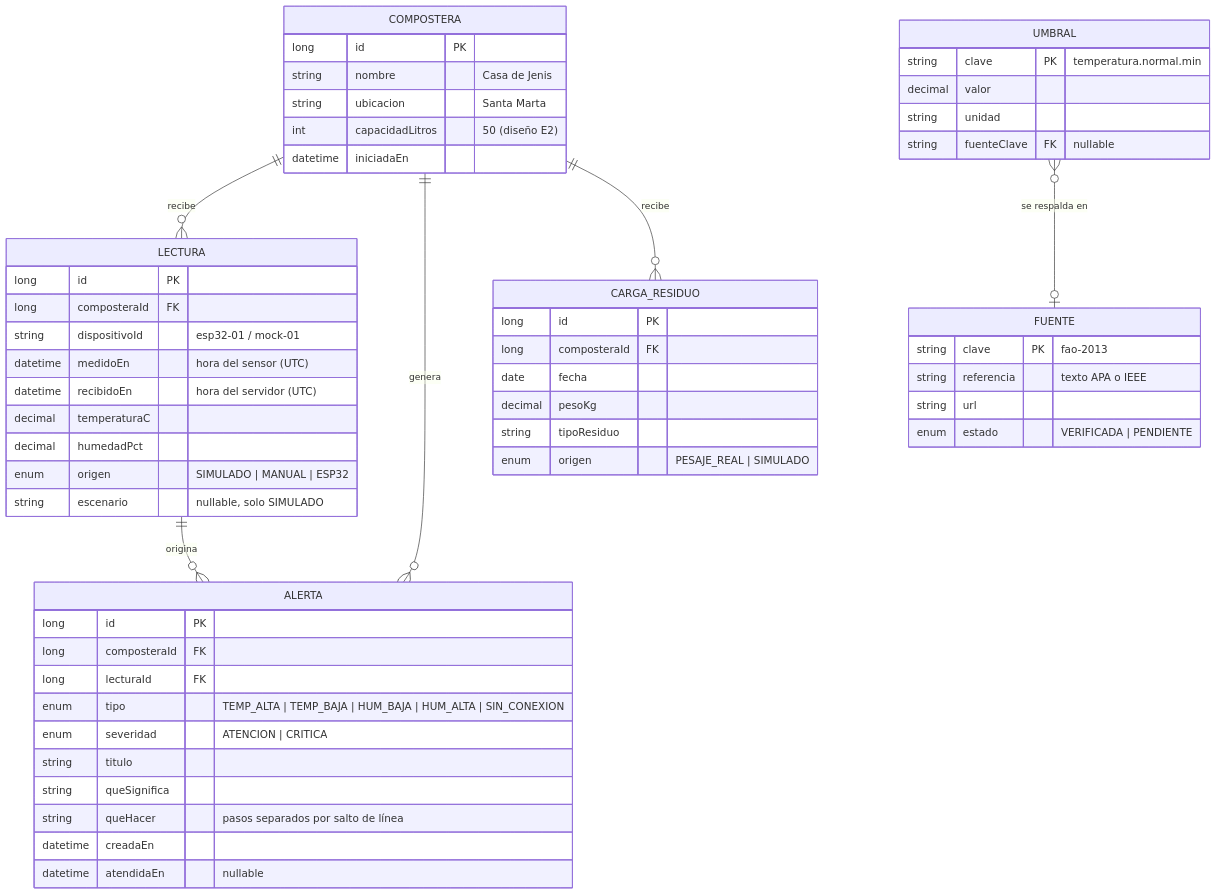
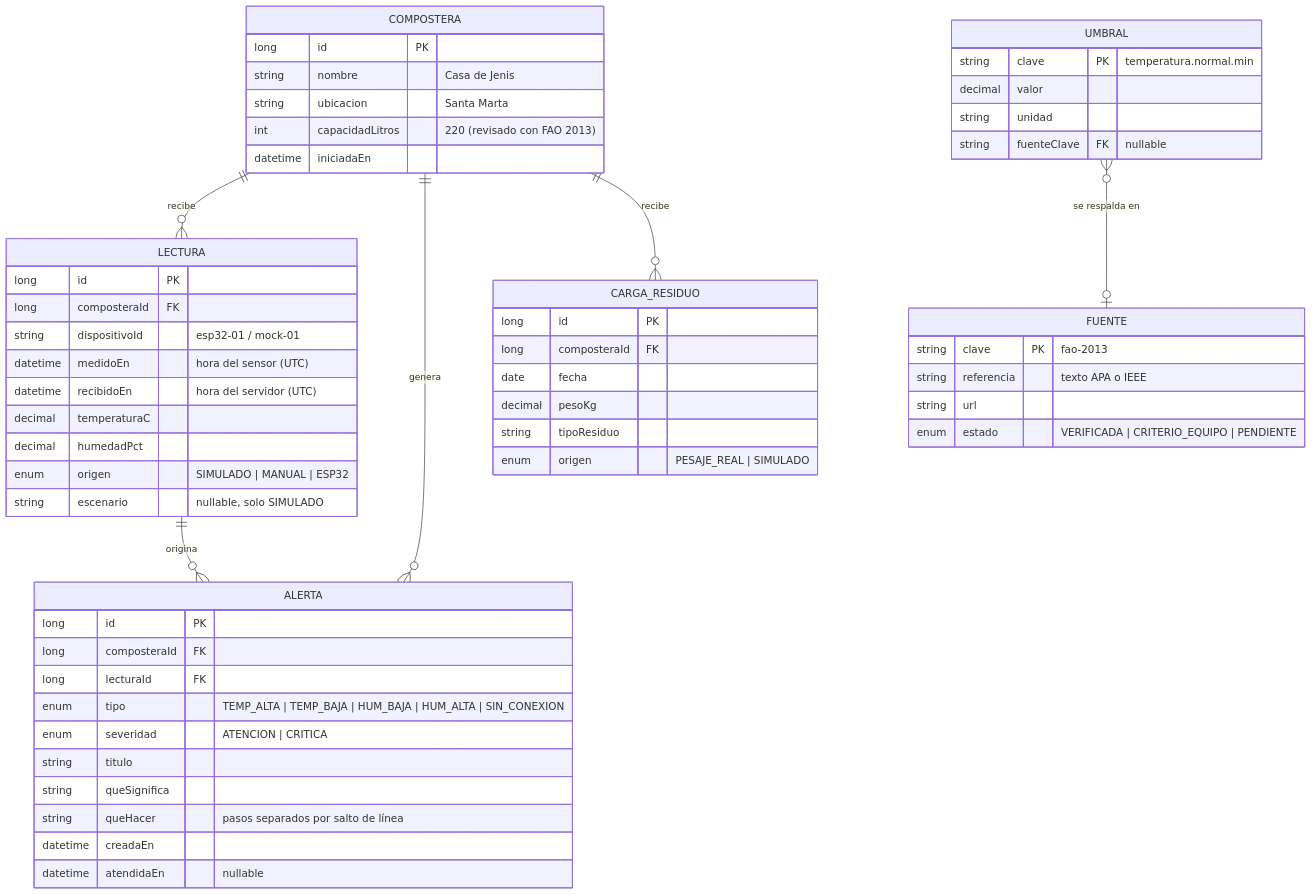
One commit to Bryan-Robles/ecocompost-iot changed the fourth of 7 diagrams in docs/analisis-arquitectura-entregable-3.md. Above: the diagram before and after it, drawn with Mermaid. The commit also changed other lines of this file and 20 other files, not shown here.

First line of the commit message:
feat: umbrales y guía respaldados por FAO (2013) con trazabilidad (M21) (#37)

````diff
--- a/docs/analisis-arquitectura-entregable-3.md
+++ b/docs/analisis-arquitectura-entregable-3.md
@@ -185,59 +187,59 @@
 ```mermaid
 erDiagram
     COMPOSTERA ||--o{ LECTURA : recibe
     COMPOSTERA ||--o{ ALERTA : genera
     COMPOSTERA ||--o{ CARGA_RESIDUO : recibe
     LECTURA ||--o{ ALERTA : origina
     UMBRAL }o--o| FUENTE : "se respalda en"
 
     COMPOSTERA {
         long id PK
         string nombre "Casa de Jenis"
         string ubicacion "Santa Marta"
-        int capacidadLitros "50 (diseño E2)"
+        int capacidadLitros "220 (revisado con FAO 2013)"
         datetime iniciadaEn
     }
     LECTURA {
         long id PK
         long composteraId FK
         string dispositivoId "esp32-01 / mock-01"
         datetime medidoEn "hora del sensor (UTC)"
         datetime recibidoEn "hora del servidor (UTC)"
         decimal temperaturaC
         decimal humedadPct
         enum origen "SIMULADO | MANUAL | ESP32"
         string escenario "nullable, solo SIMULADO"
     }
     ALERTA {
         long id PK
         long composteraId FK
         long lecturaId FK
         enum tipo "TEMP_ALTA | TEMP_BAJA | HUM_BAJA | HUM_ALTA | SIN_CONEXION"
         enum severidad "ATENCION | CRITICA"
         string titulo
         string queSignifica
         string queHacer "pasos separados por salto de línea"
         datetime creadaEn
         datetime atendidaEn "nullable"
     }
     CARGA_RESIDUO {
         long id PK
         long composteraId FK
         date fecha
         decimal pesoKg
         string tipoResiduo
         enum origen "PESAJE_REAL | SIMULADO"
     }
     UMBRAL {
         string clave PK "temperatura.normal.min"
         decimal valor
         string unidad
         string fuenteClave FK "nullable"
     }
     FUENTE {
         string clave PK "fao-2013"
         string referencia "texto APA o IEEE"
         string url
-        enum estado "VERIFICADA | PENDIENTE"
+        enum estado "VERIFICADA | CRITERIO_EQUIPO | PENDIENTE"
     }
 ```
````
